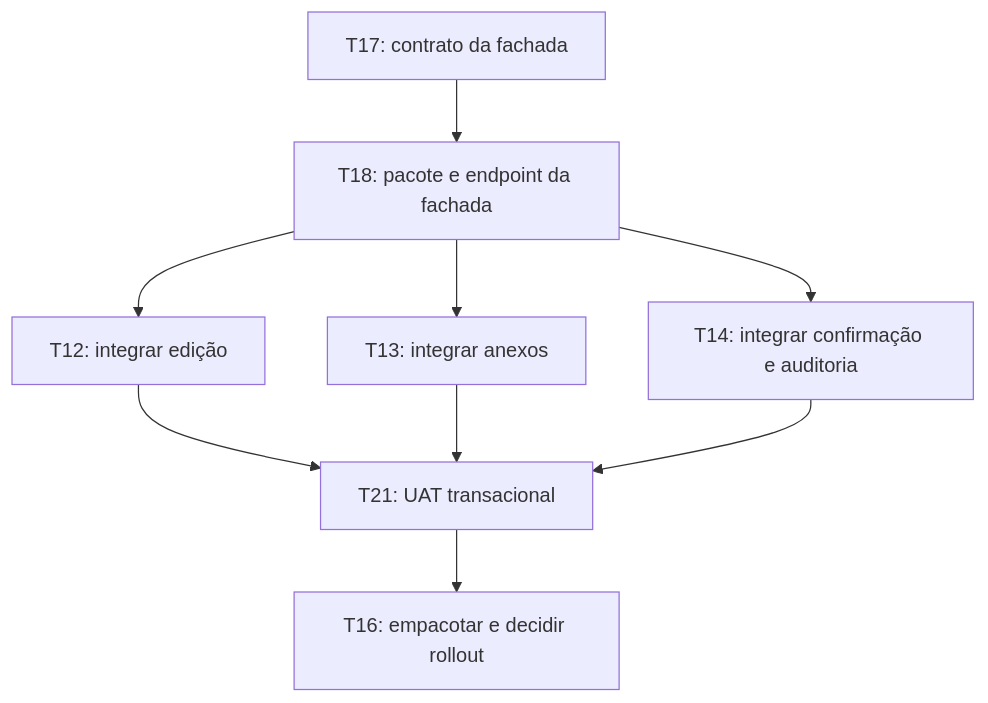
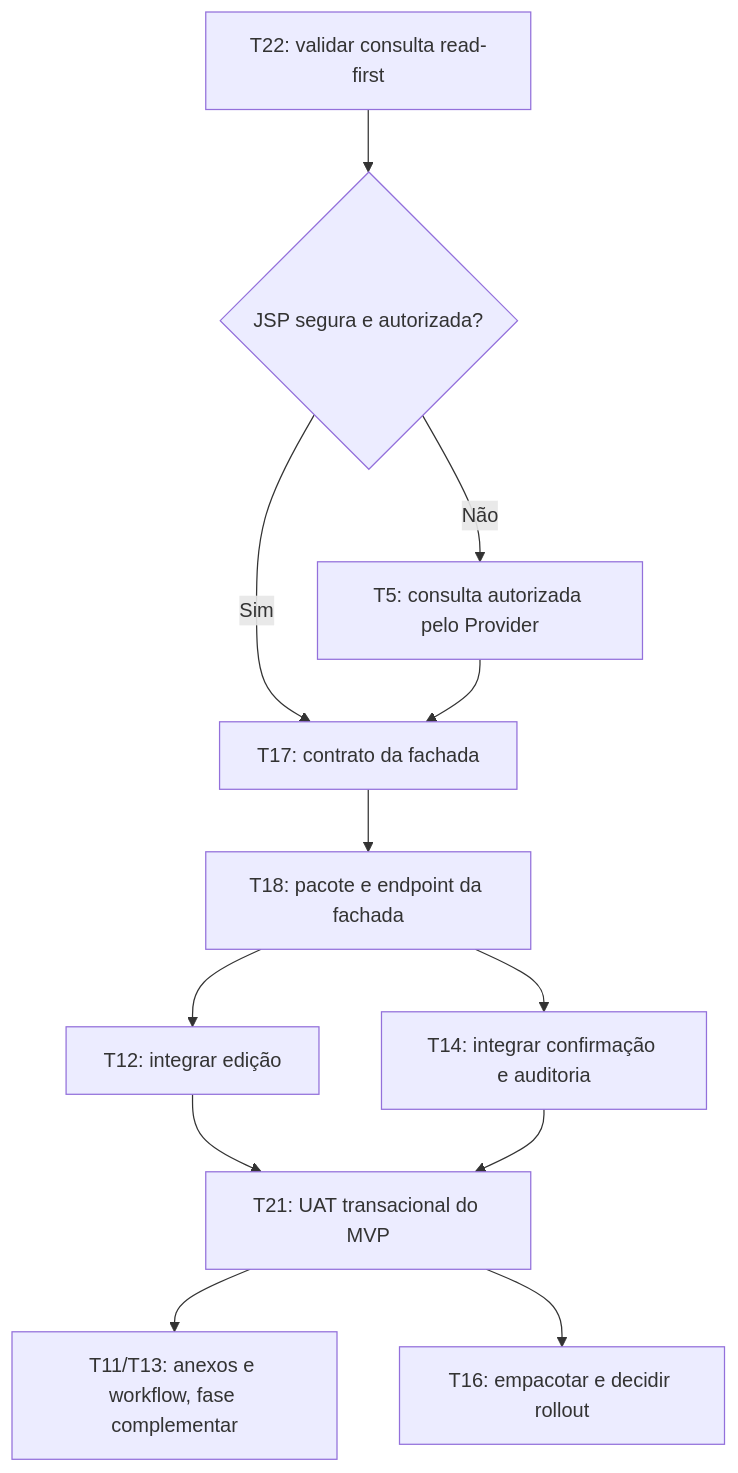
Before and after one commit to thiagoaataide/sankhya-html5: the second of 4 diagrams in .specs/features/facilita-apuracao-faturas/design.md, drawn with Mermaid. The commit also changed other lines of this file and 15 other files, not shown here.

````diff
--- a/.specs/features/facilita-apuracao-faturas/design.md
+++ b/.specs/features/facilita-apuracao-faturas/design.md
@@ -70,11 +82,14 @@
 ```mermaid
 flowchart TD
+    R[T22: validar consulta read-first] --> S{JSP segura e autorizada?}
+    S -->|Sim| A
+    S -->|Não| Q[T5: consulta autorizada pelo Provider]
+    Q --> A
     A[T17: contrato da fachada] --> B[T18: pacote e endpoint da fachada]
     B --> C[T12: integrar edição]
-    B --> D[T13: integrar anexos]
+    F --> D[T11/T13: anexos e workflow, fase complementar]
     B --> E[T14: integrar confirmação e auditoria]
-    C --> F[T21: UAT transacional]
-    D --> F
+    C --> F[T21: UAT transacional do MVP]
     E --> F
     F --> G[T16: empacotar e decidir rollout]
 ```
````
